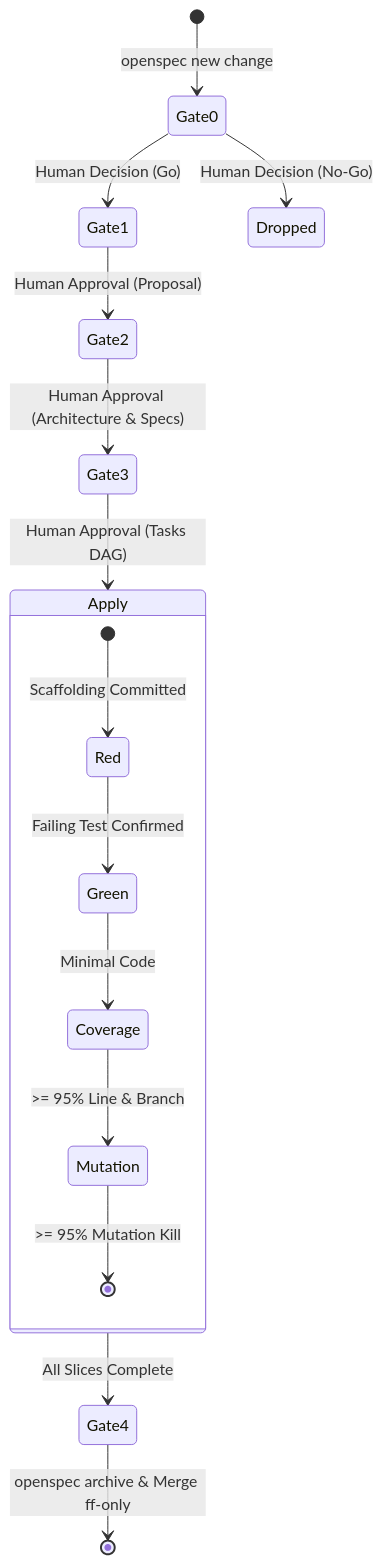
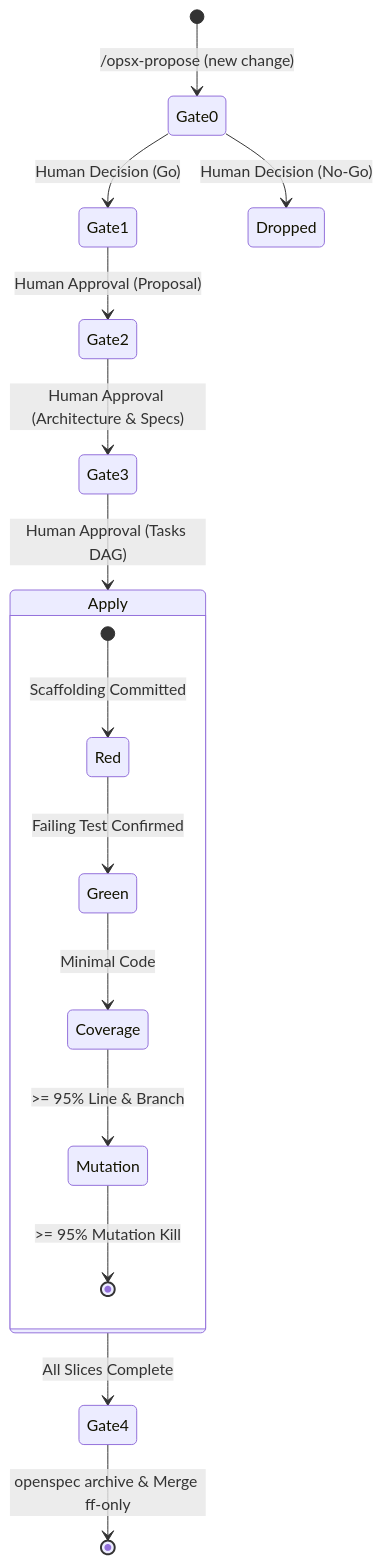
The third of 4 diagrams in docs/WAY_OF_WORKING.md (mgabs/spec-rails), drawn with Mermaid before and after one commit. The commit also changed other lines of this file and 133 other files, not shown here.

````diff
--- a/docs/WAY_OF_WORKING.md
+++ b/docs/WAY_OF_WORKING.md
@@ -101,18 +101,18 @@
 ```mermaid
 stateDiagram-v2
-    [*] --> Gate0: openspec new change
+    [*] --> Gate0: /opsx-propose (new change)
     Gate0 --> Gate1: Human Decision (Go)
     Gate0 --> Dropped: Human Decision (No-Go)
     Gate1 --> Gate2: Human Approval (Proposal)
     Gate2 --> Gate3: Human Approval (Architecture & Specs)
     Gate3 --> Apply: Human Approval (Tasks DAG)
     state Apply {
         [*] --> Red: Scaffolding Committed
         Red --> Green: Failing Test Confirmed
         Green --> Coverage: Minimal Code
         Coverage --> Mutation: >= 95% Line & Branch
         Mutation --> [*]: >= 95% Mutation Kill
     }
     Apply --> Gate4: All Slices Complete
     Gate4 --> [*]: openspec archive & Merge ff-only
 ```
````
